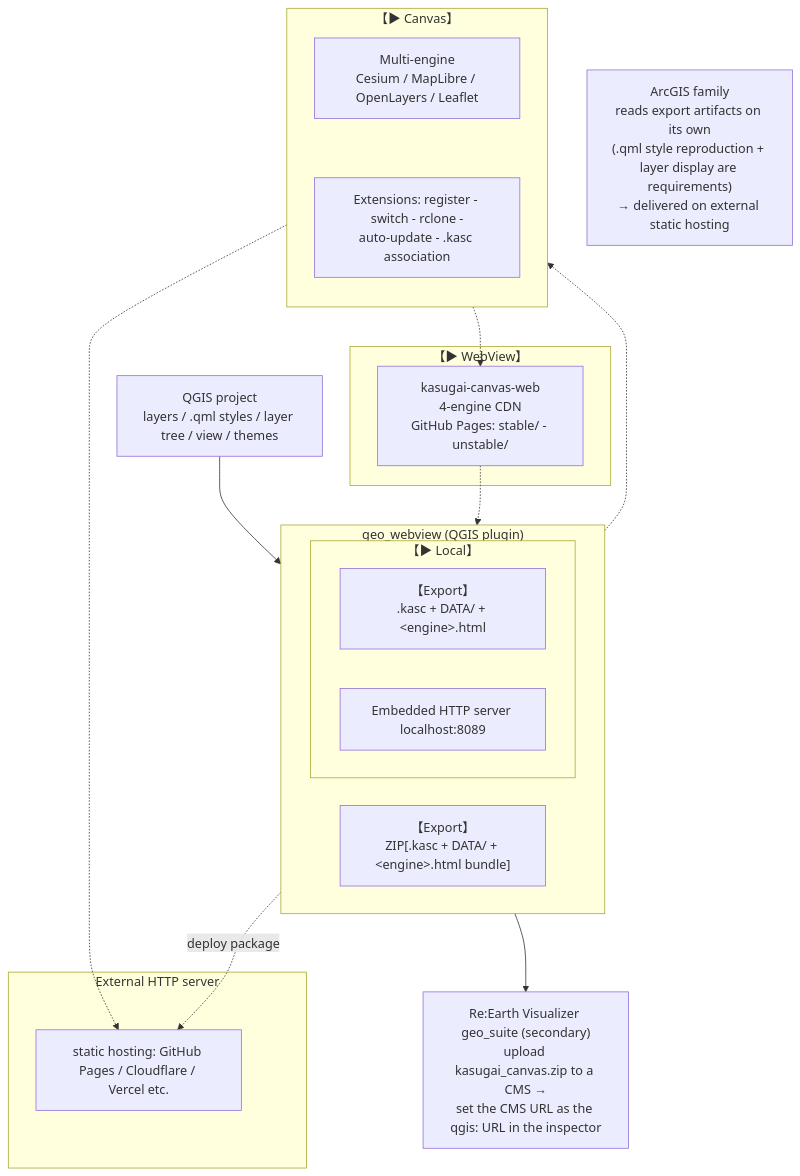
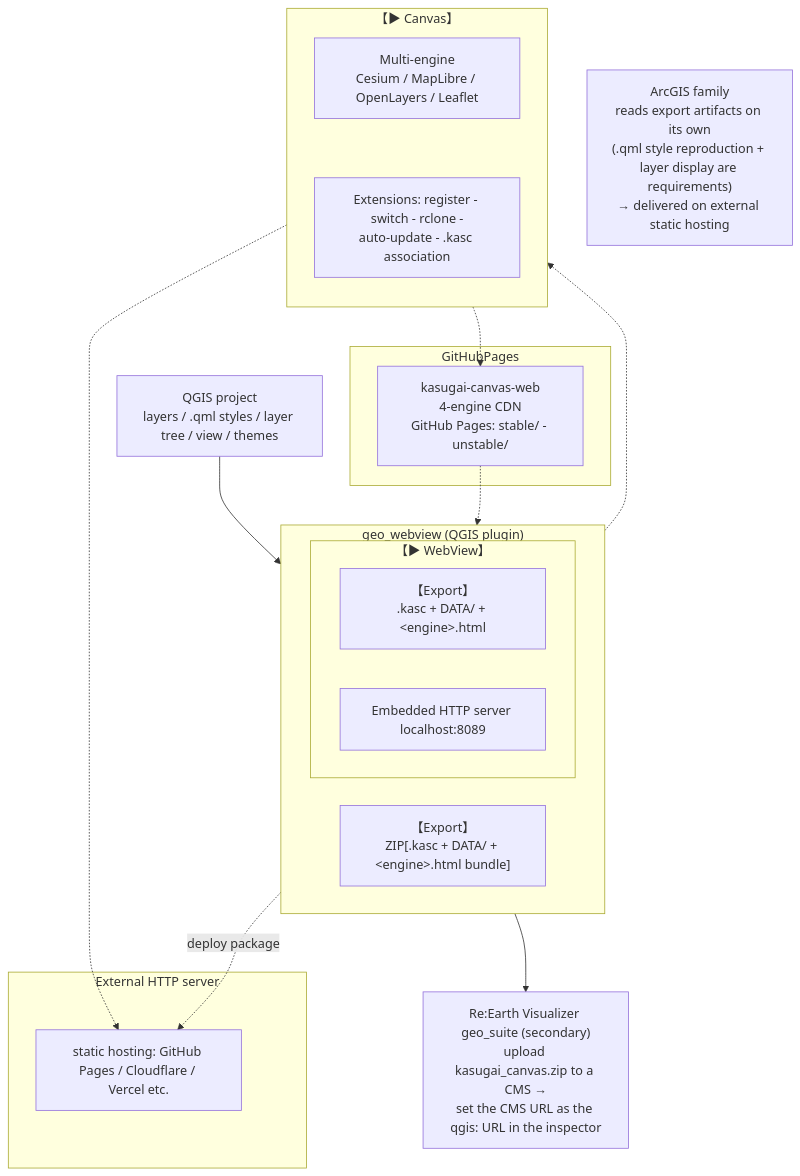
One commit to yamamoto-ryuzo/qgis_live_harness changed the diagram in qgis-plugin/geo_webview/README.md. Above: the diagram before and after it, drawn with Mermaid. The commit also changed 8 other files, not shown here.

````diff
--- a/qgis-plugin/geo_webview/README.md
+++ b/qgis-plugin/geo_webview/README.md
@@ -42,37 +42,37 @@
 ```mermaid
 flowchart TB
     QGIS["QGIS project<br>layers / .qml styles / layer tree / view / themes"]
 
     subgraph GWBOX["geo_webview (QGIS plugin)"]
         direction LR
-        subgraph FNC["【▶ Local】"]
+        subgraph FNC["【▶ WebView】"]
             GW["【Export】<br>.kasc + DATA/ + &lt;engine&gt;.html"]
             SRV["Embedded HTTP server localhost:8089"]
         end
         ZIP["【Export】<br>ZIP[.kasc + DATA/ + &lt;engine&gt;.html bundle]"]
     end
 
     subgraph KCBOX["【▶ Canvas】"]
         direction TB
         ENG["Multi-engine<br>Cesium / MapLibre / OpenLayers / Leaflet"]
         KCF["Extensions: register - switch - rclone -<br>auto-update - .kasc association"]
         ENG ~~~ KCF
     end
     subgraph WEBBOX["External HTTP server"]
         WEB["static hosting: GitHub Pages / Cloudflare / Vercel etc."]
     end
-    subgraph GHBOX["【▶ WebView】"]
+    subgraph GHBOX["GitHubPages"]
         CDN["kasugai-canvas-web<br>4-engine CDN<br>GitHub Pages: stable/ - unstable/"]
     end
     RE["Re:Earth Visualizer geo_suite (secondary)<br>upload kasugai_canvas.zip to a CMS →<br>set the CMS URL as the qgis: URL in the inspector"]
 
     AG["ArcGIS family<br>reads export artifacts on its own<br>(.qml style reproduction + layer display are requirements)<br>→ delivered on external static hosting"]
 
     QGIS --> GWBOX
     GW -.-> KCBOX
     GW -.->|"deploy package"| WEB
     ENG -.-> WEB
     ENG -.-> CDN
     CDN -.-> FNC
     ZIP --> RE
 ```
````
